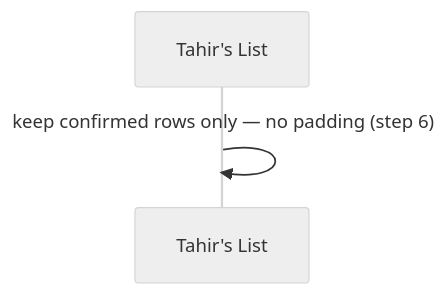
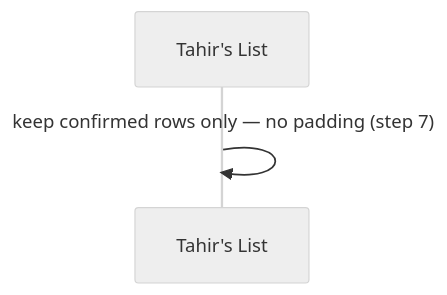
Before and after one commit to Losers-Lab/tahirs-list: the fourth of 11 diagrams in docs/features/SC-211/04-blackbox/UC-01-run-sample-directory-ingestion.md, drawn with Mermaid (neutral theme). The commit also changed other lines of this file and 16 other files, not shown here.

````diff
--- a/docs/features/SC-211/04-blackbox/UC-01-run-sample-directory-ingestion.md
+++ b/docs/features/SC-211/04-blackbox/UC-01-run-sample-directory-ingestion.md
@@ -42,5 +43,5 @@
 ```mermaid
 sequenceDiagram
   participant TL as Tahir's List
-  TL->>TL: keep confirmed rows only — no padding (step 6)
+  TL->>TL: keep confirmed rows only — no padding (step 7)
 ```
````
